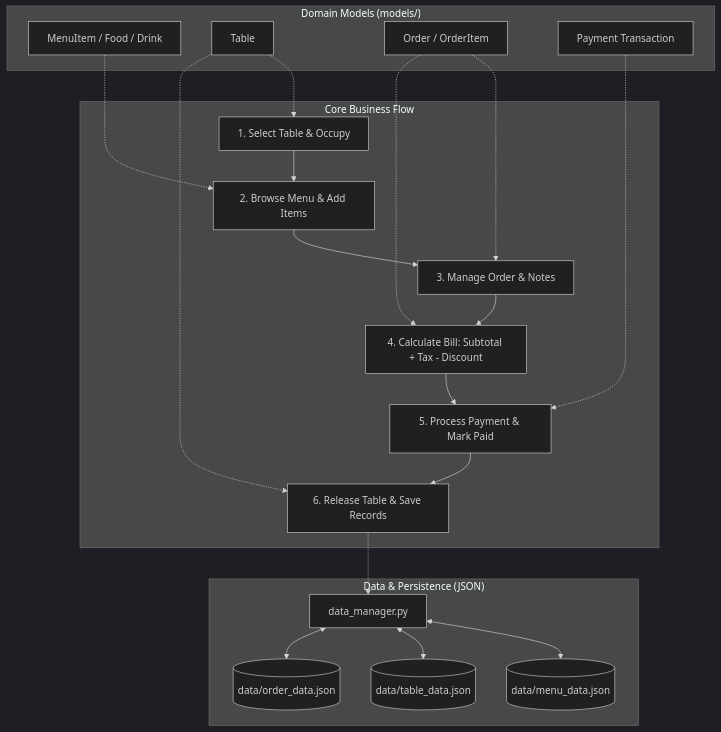
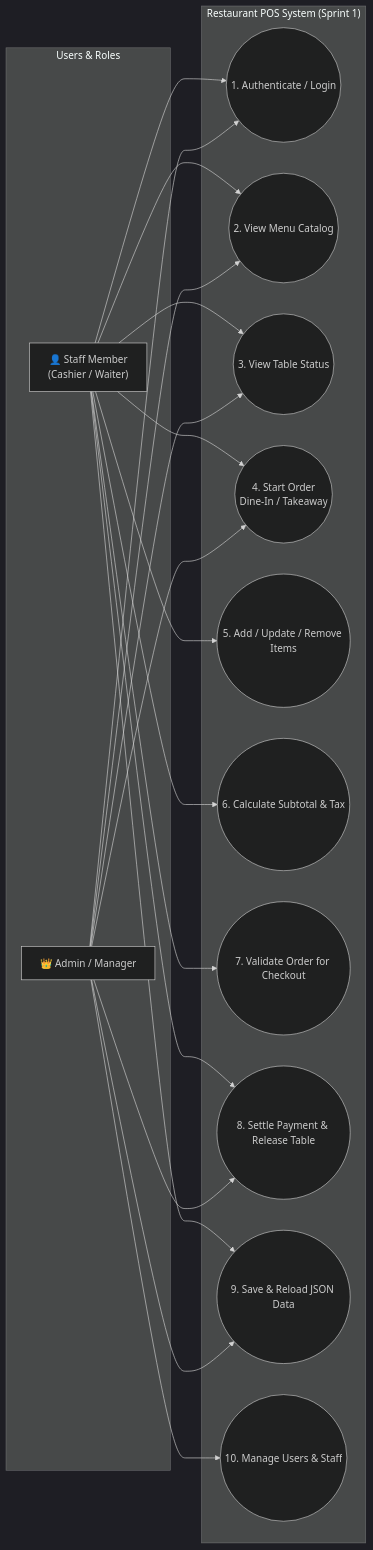
Before and after one commit to kimsorngDev/Restaurant_Point_of_Sale_-POS-_System_Group2_Gen6: the first of 2 diagrams in README.md, drawn with Mermaid (dark theme). The commit also changed other lines of this file and 13 other files, not shown here.

Commit message:
feat: complete Sprint 1 with authentication, user model, main CLI dashboard, and system documentation

````diff
--- a/README.md
+++ b/README.md
@@ -23,35 +61,38 @@
 ```mermaid
-flowchart TD
-    subgraph Data Layer ["Data & Persistence (JSON)"]
-        DM[data_manager.py]
-        F1[(data/menu_data.json)]
-        F2[(data/table_data.json)]
-        F3[(data/order_data.json)]
-        DM <--> F1
-        DM <--> F2
-        DM <--> F3
+flowchart LR
+    subgraph Actors ["Users & Roles"]
+        Staff["👤 Staff Member<br/>(Cashier / Waiter)"]
+        Admin["👑 Admin / Manager"]
     end
 
-    subgraph Models ["Domain Models (models/)"]
-        M[MenuItem / Food / Drink]
-        T[Table]
-        O[Order / OrderItem]
-        P[Payment Transaction]
+    subgraph System ["Restaurant POS System (Sprint 1)"]
+        UC1((1. Authenticate / Login))
+        UC2((2. View Menu Catalog))
+        UC3((3. View Table Status))
+        UC4((4. Start Order<br/>Dine-In / Takeaway))
+        UC5((5. Add / Update / Remove Items))
+        UC6((6. Calculate Subtotal & Tax))
+        UC7((7. Validate Order for Checkout))
+        UC8((8. Settle Payment & Release Table))
+        UC9((9. Save & Reload JSON Data))
+        UC10((10. Manage Users & Staff))
     end
 
-    subgraph Workflows ["Core Business Flow"]
-        Step1[1. Select Table & Occupy] --> Step2[2. Browse Menu & Add Items]
-        Step2 --> Step3[3. Manage Order & Notes]
-        Step3 --> Step4[4. Calculate Bill: Subtotal + Tax - Discount]
-        Step4 --> Step5[5. Process Payment & Mark Paid]
-        Step5 --> Step6[6. Release Table & Save Records]
-    end
+    Staff --> UC1
+    Staff --> UC2
+    Staff --> UC3
+    Staff --> UC4
+    Staff --> UC5
+    Staff --> UC6
+    Staff --> UC7
+    Staff --> UC8
+    Staff --> UC9
 
-    T -.-> Step1
-    M -.-> Step2
-    O -.-> Step3
-    O -.-> Step4
-    P -.-> Step5
-    T -.-> Step6
-    Step6 -.-> DM
+    Admin --> UC1
+    Admin --> UC2
+    Admin --> UC3
+    Admin --> UC4
+    Admin --> UC8
+    Admin --> UC9
+    Admin --> UC10
 ```
````
